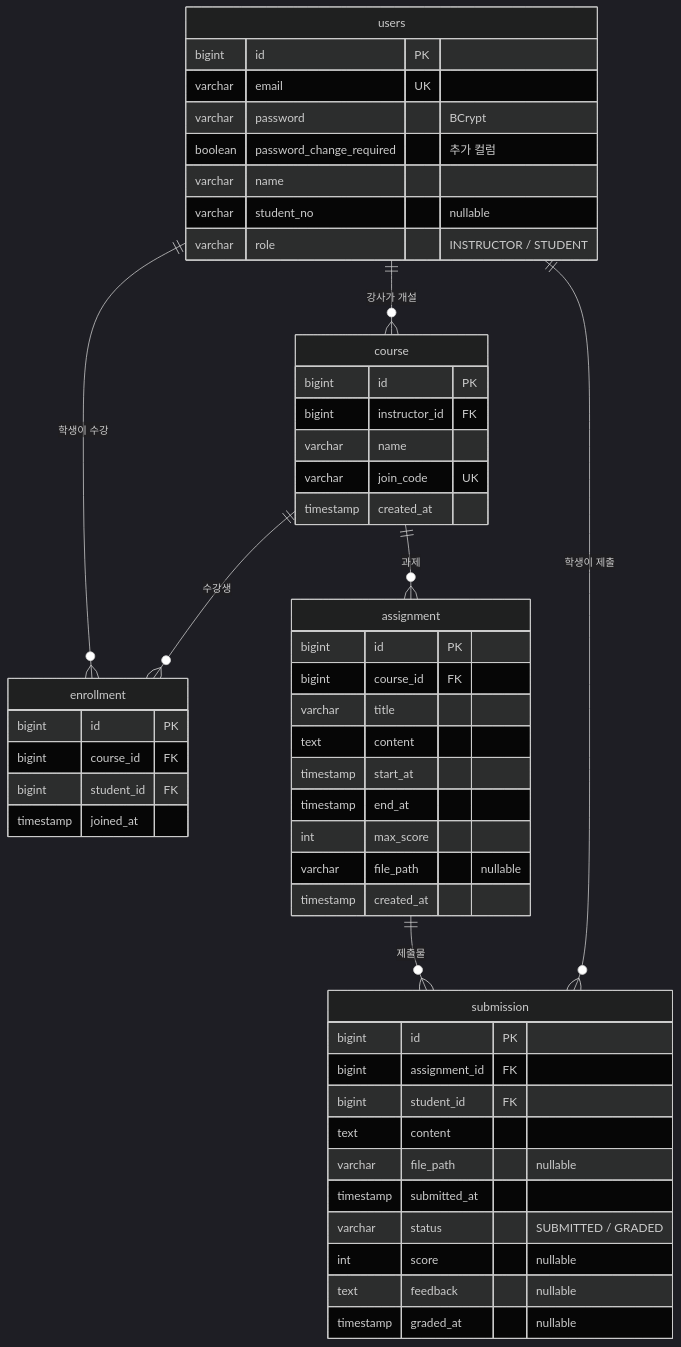
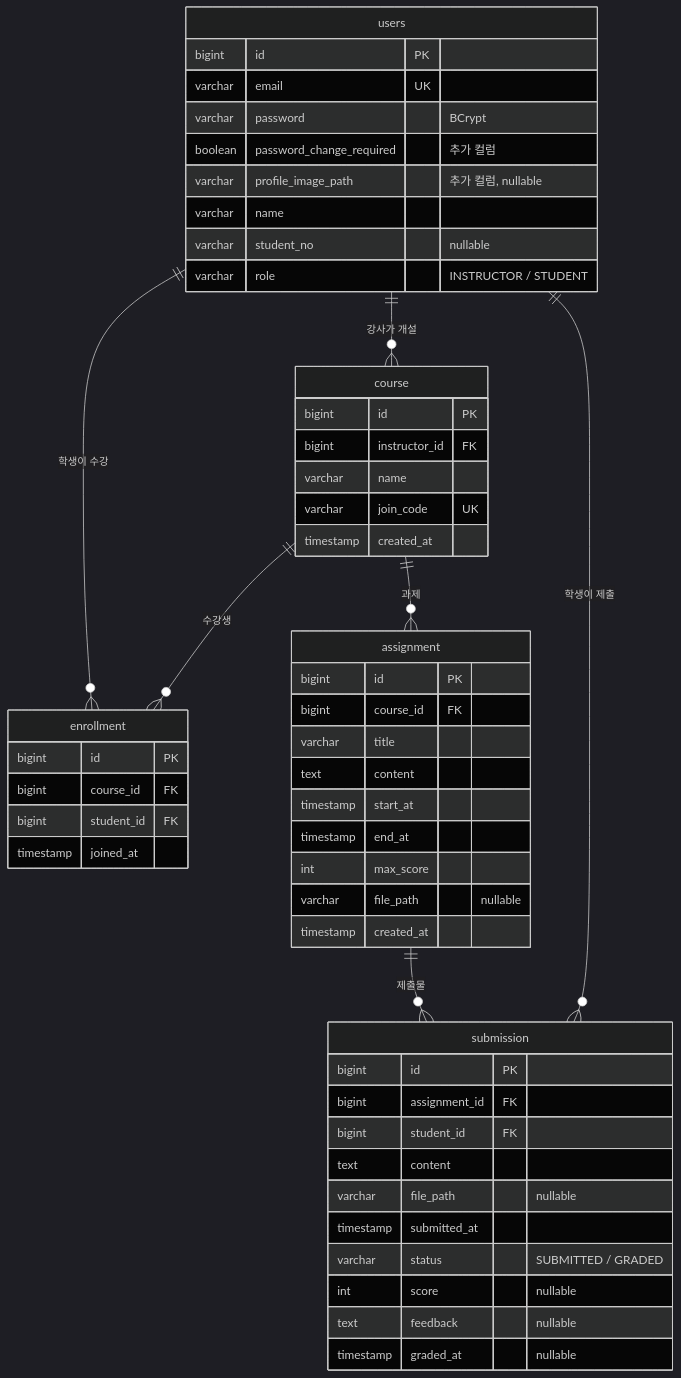
One commit to ohwncsaz/AssignHub changed the diagram in README.md. Above: the diagram before and after it, drawn with Mermaid (dark theme). The commit also changed other lines of this file and 9 other files, not shown here.

````diff
--- a/README.md
+++ b/README.md
@@ -135,55 +135,56 @@
 ```mermaid
 erDiagram
     users ||--o{ course : "강사가 개설"
     users ||--o{ enrollment : "학생이 수강"
     course ||--o{ enrollment : "수강생"
     course ||--o{ assignment : "과제"
     assignment ||--o{ submission : "제출물"
     users ||--o{ submission : "학생이 제출"
 
     users {
         bigint id PK
         varchar email UK
         varchar password "BCrypt"
         boolean password_change_required "추가 컬럼"
+        varchar profile_image_path "추가 컬럼, nullable"
         varchar name
         varchar student_no "nullable"
         varchar role "INSTRUCTOR / STUDENT"
     }
     course {
         bigint id PK
         bigint instructor_id FK
         varchar name
         varchar join_code UK
         timestamp created_at
     }
     enrollment {
         bigint id PK
         bigint course_id FK
         bigint student_id FK
         timestamp joined_at
     }
     assignment {
         bigint id PK
         bigint course_id FK
         varchar title
         text content
         timestamp start_at
         timestamp end_at
         int max_score
         varchar file_path "nullable"
         timestamp created_at
     }
     submission {
         bigint id PK
         bigint assignment_id FK
         bigint student_id FK
         text content
         varchar file_path "nullable"
         timestamp submitted_at
         varchar status "SUBMITTED / GRADED"
         int score "nullable"
         text feedback "nullable"
         timestamp graded_at "nullable"
     }
 ```
````
